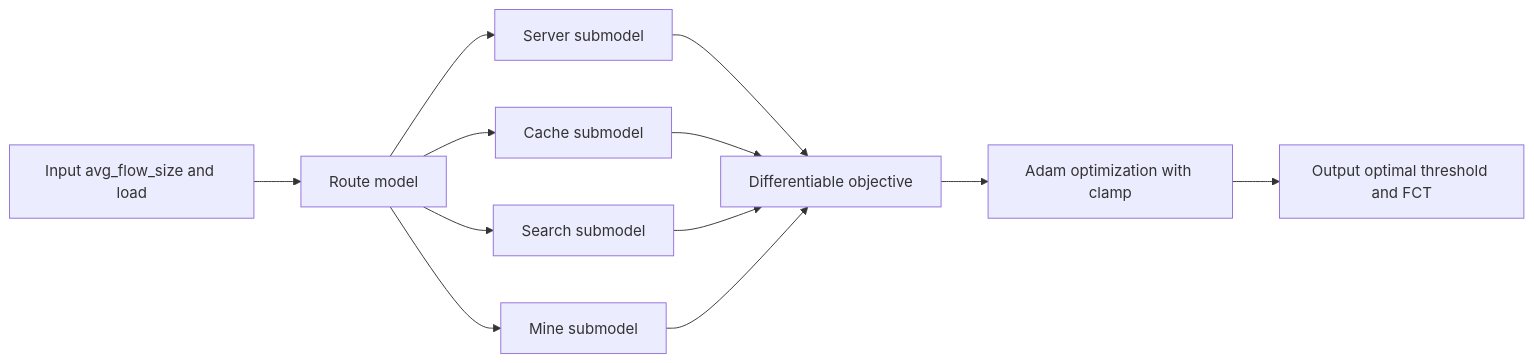
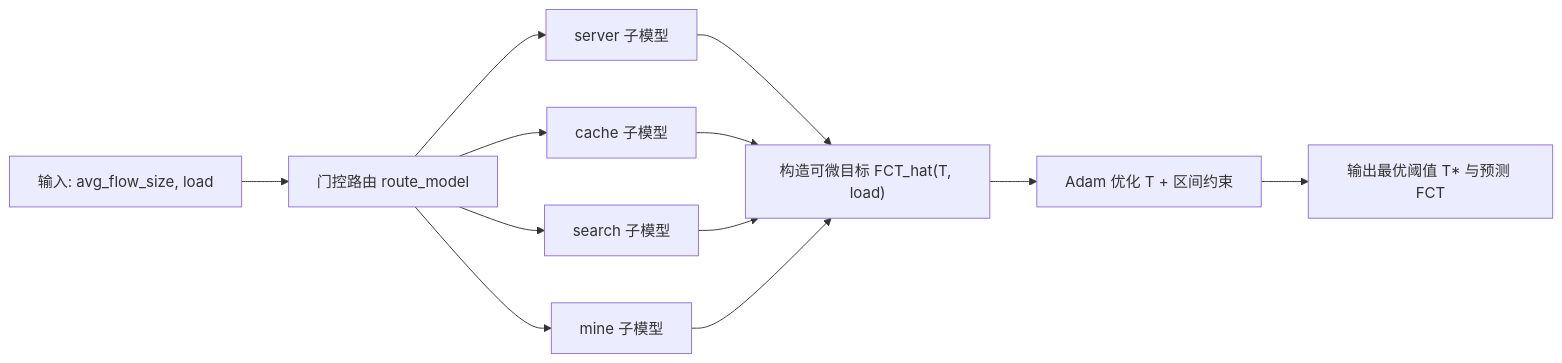
Before and after one commit to cmyandlqs/Fct-optimization: the diagram in README.md, drawn with Mermaid. The commit also changed other lines of this file and 31 other files, not shown here.

````diff
--- a/README.md
+++ b/README.md
@@ -94,14 +71,14 @@
 ```mermaid
-flowchart LR;
-  A["Input avg_flow_size and load"] --> B["Route model"];
-  B --> C1["Server submodel"];
-  B --> C2["Cache submodel"];
-  B --> C3["Search submodel"];
-  B --> C4["Mine submodel"];
-  C1 --> D["Differentiable objective"];
-  C2 --> D;
-  C3 --> D;
-  C4 --> D;
-  D --> E["Adam optimization with clamp"];
-  E --> F["Output optimal threshold and FCT"];
+flowchart LR
+A[输入: avg_flow_size, load] --> B[门控路由 route_model]
+B --> C1[server 子模型]
+B --> C2[cache 子模型]
+B --> C3[search 子模型]
+B --> C4[mine 子模型]
+C1 --> D["构造可微目标 FCT_hat(T, load)"]
+C2 --> D
+C3 --> D
+C4 --> D
+D --> E[Adam 优化 T + 区间约束]
+E --> F[输出最优阈值 T* 与预测 FCT]
 ```
````
